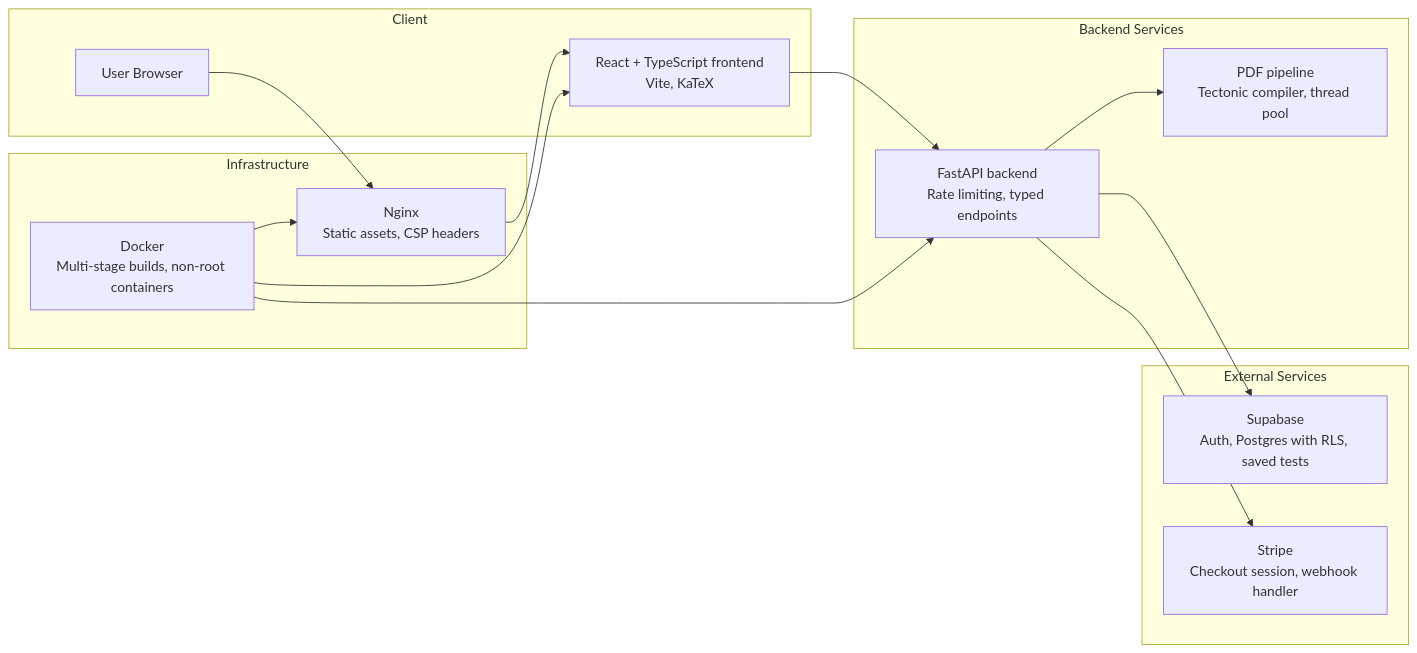
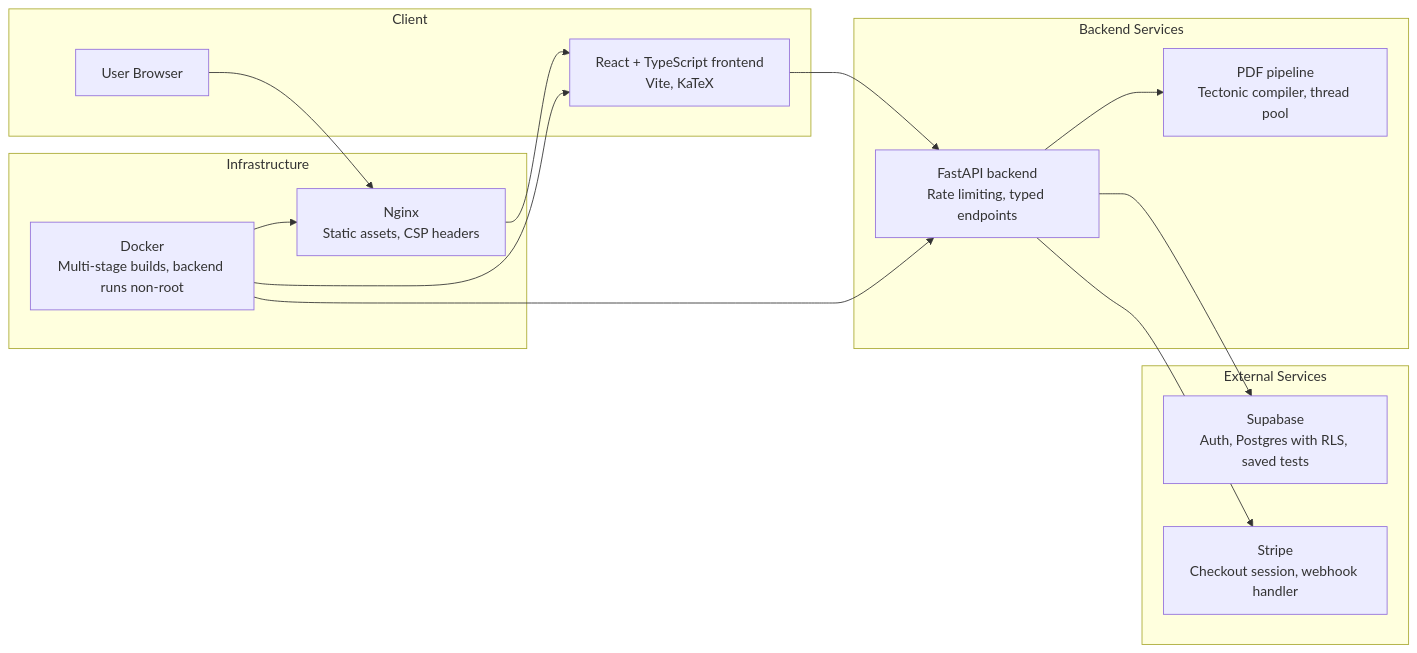
Before and after one commit to Aditya-Tripuraneni/Praxis: the first of 4 diagrams in README.md, drawn with Mermaid.

Commit message:
Potential fix for pull request finding

````diff
--- a/README.md
+++ b/README.md
@@ -30,28 +30,28 @@
 ```mermaid
 graph LR
   subgraph Client
     Browser[User Browser]
     Frontend[React + TypeScript frontend<br/>Vite, KaTeX]
   end
   subgraph "Backend Services"
     API[FastAPI backend<br/>Rate limiting, typed endpoints]
     PDF[PDF pipeline<br/>Tectonic compiler, thread pool]
   end
   subgraph "External Services"
     Supabase[Supabase<br/>Auth, Postgres with RLS, saved tests]
     Stripe[Stripe<br/>Checkout session, webhook handler]
   end
   subgraph Infrastructure
     Nginx[Nginx<br/>Static assets, CSP headers]
-    Docker[Docker<br/>Multi-stage builds, non-root containers]
+    Docker[Docker<br/>Multi-stage builds, backend runs non-root]
   end
 
   Browser --> Nginx --> Frontend
   Frontend --> API
   API --> Supabase
   API --> Stripe
   API --> PDF
   Docker --> API
   Docker --> Frontend
   Docker --> Nginx
 ```
````
